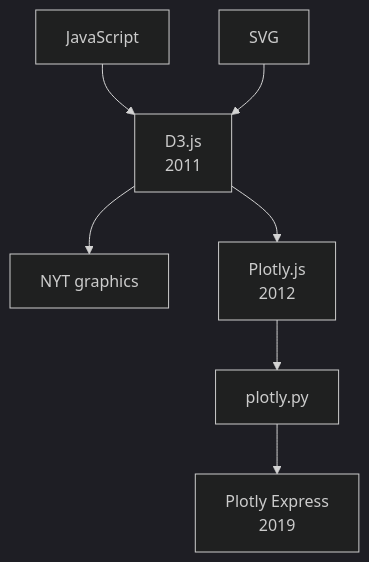
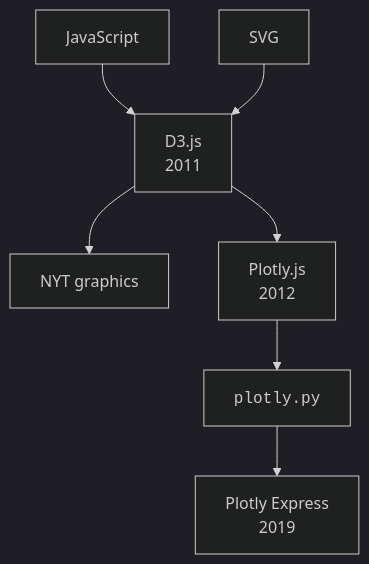
Before and after one commit to dataslope/dataslope: the first of 2 diagrams in content/learn/intro-data-viz-plotly/spreadsheets-to-interactive.mdx, drawn with Mermaid (dark theme). The commit also changed 218 other files, not shown here.

First line of the commit message:
Render code-only mermaid shapes in monospace; convert step sequences to Steps (#467)

````diff
--- a/content/learn/intro-data-viz-plotly/spreadsheets-to-interactive.mdx
+++ b/content/learn/intro-data-viz-plotly/spreadsheets-to-interactive.mdx
@@ -56,9 +56,9 @@
 ```mermaid
 flowchart TD
     JS[JavaScript] --> D3[D3.js<br/>2011]
     SVG[SVG] --> D3
     D3 --> NYT[NYT graphics]
     D3 --> Plotly[Plotly.js<br/>2012]
-    Plotly --> PyPlotly[plotly.py]
+    Plotly --> PyPlotly["<code>plotly.py</code>"]
     PyPlotly --> PX[Plotly Express<br/>2019]
 ```
````
